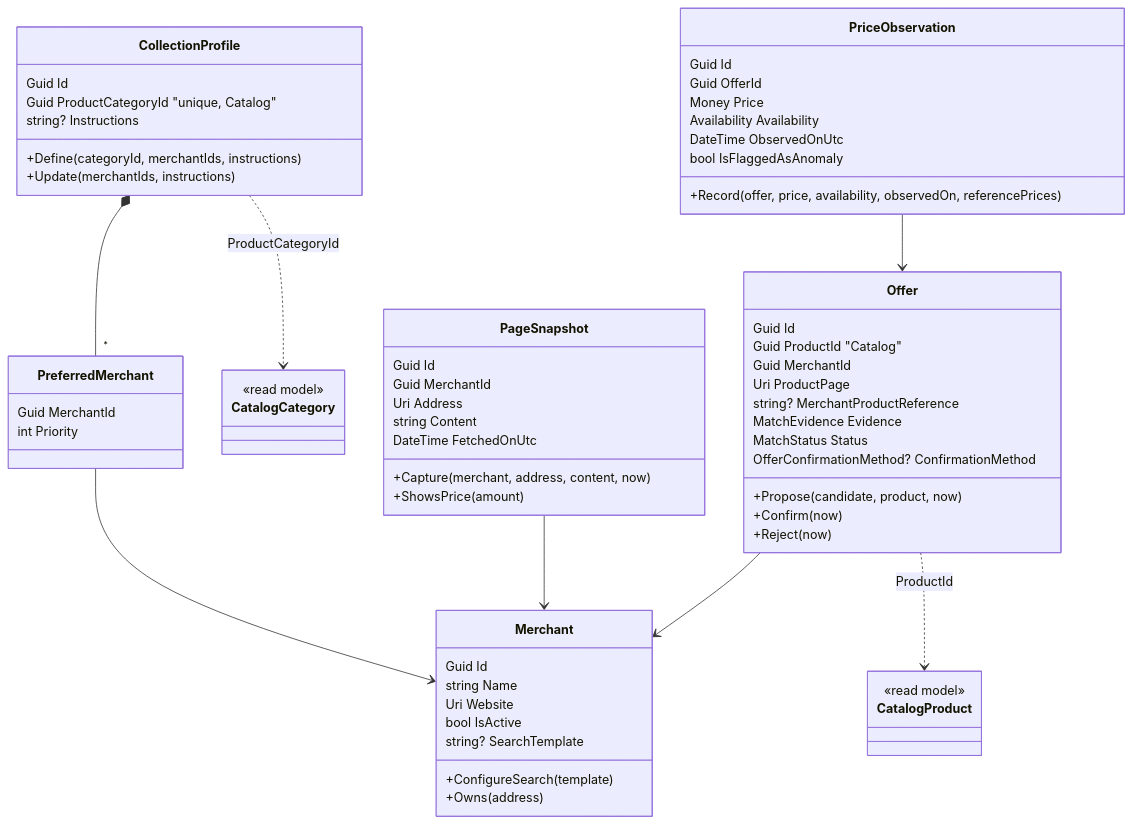
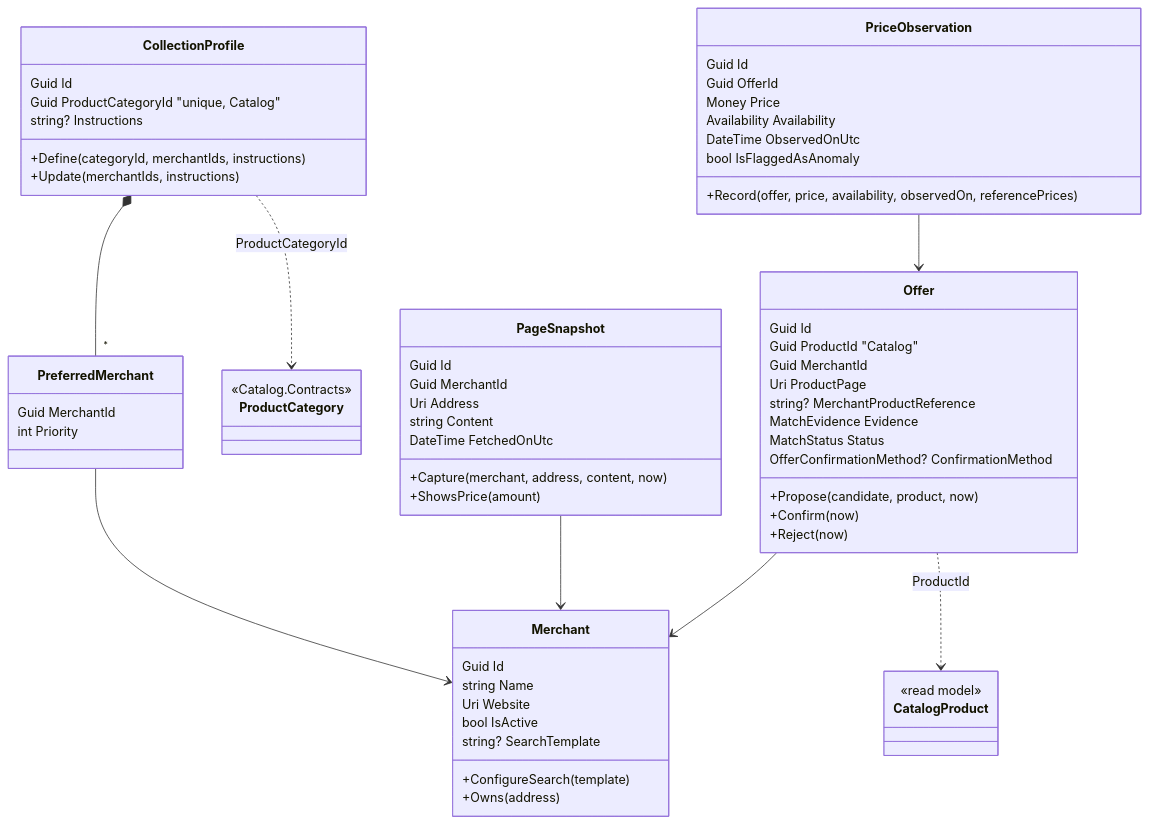
The second of 3 diagrams in docs/architecture/model.md (Dea972/Pricely), drawn with Mermaid before and after one commit. The commit also changed other lines of this file and 42 other files, not shown here.

First line of the commit message:
feat(catalog): add module contracts and read typologies from Catalog in Pricing

````diff
--- a/docs/architecture/model.md
+++ b/docs/architecture/model.md
@@ -39,67 +39,67 @@
 ```mermaid
 classDiagram
     class Merchant {
         Guid Id
         string Name
         Uri Website
         bool IsActive
         string? SearchTemplate
         +ConfigureSearch(template)
         +Owns(address)
     }
     class CollectionProfile {
         Guid Id
         Guid ProductCategoryId  "unique, Catalog"
         string? Instructions
         +Define(categoryId, merchantIds, instructions)
         +Update(merchantIds, instructions)
     }
     class PreferredMerchant {
         Guid MerchantId
         int Priority
     }
     class Offer {
         Guid Id
         Guid ProductId  "Catalog"
         Guid MerchantId
         Uri ProductPage
         string? MerchantProductReference
         MatchEvidence Evidence
         MatchStatus Status
         OfferConfirmationMethod? ConfirmationMethod
         +Propose(candidate, product, now)
         +Confirm(now)
         +Reject(now)
     }
     class PriceObservation {
         Guid Id
         Guid OfferId
         Money Price
         Availability Availability
         DateTime ObservedOnUtc
         bool IsFlaggedAsAnomaly
         +Record(offer, price, availability, observedOn, referencePrices)
     }
     class PageSnapshot {
         Guid Id
         Guid MerchantId
         Uri Address
         string Content
         DateTime FetchedOnUtc
         +Capture(merchant, address, content, now)
         +ShowsPrice(amount)
     }
     class CatalogProduct {
         <<read model>>
     }
-    class CatalogCategory {
-        <<read model>>
+    class ProductCategory {
+        <<Catalog.Contracts>>
     }
     CollectionProfile *-- "*" PreferredMerchant
     PreferredMerchant --> Merchant
     Offer --> Merchant
     PriceObservation --> Offer
     PageSnapshot --> Merchant
     Offer ..> CatalogProduct : ProductId
-    CollectionProfile ..> CatalogCategory : ProductCategoryId
+    CollectionProfile ..> ProductCategory : ProductCategoryId
 ```
````
